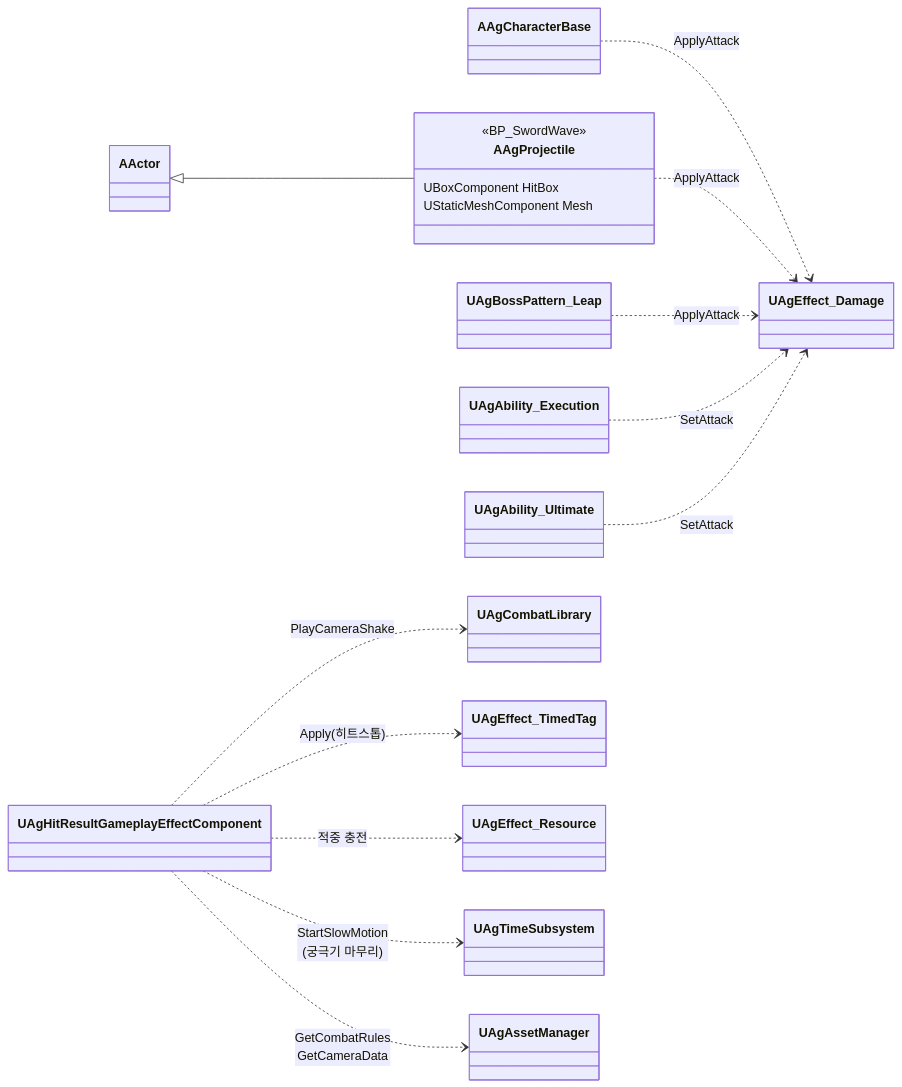
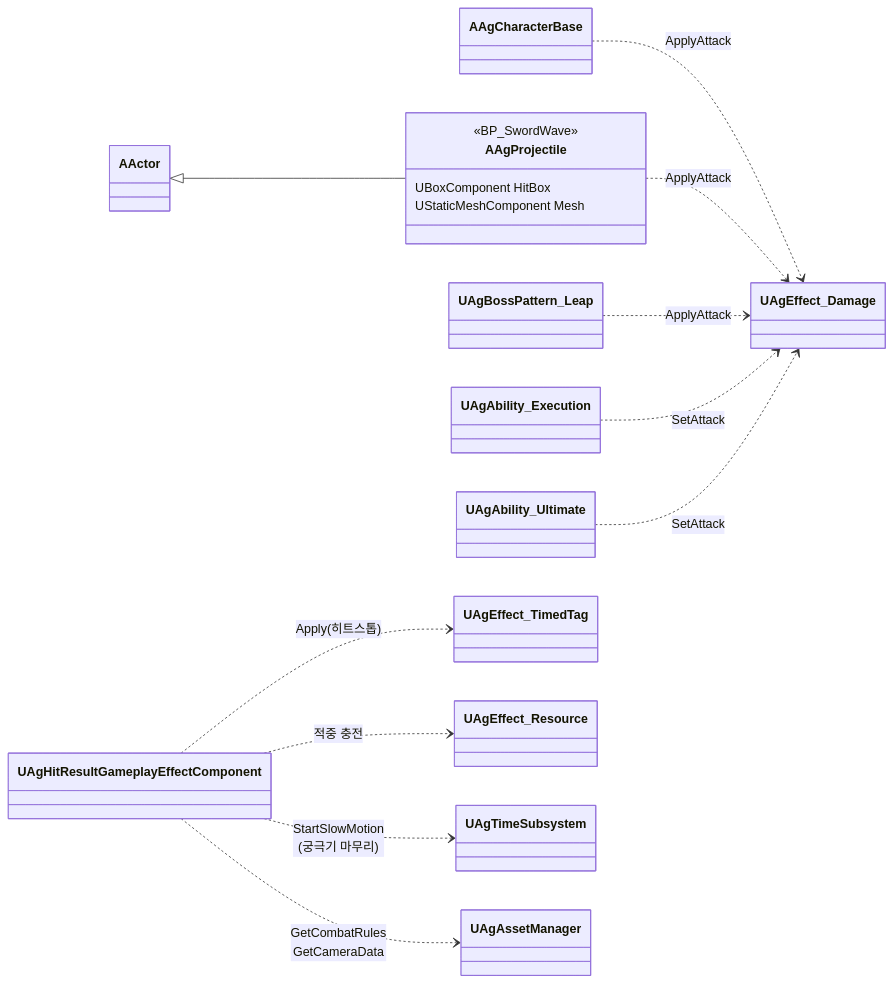
One commit to Woogl/Ag changed the second of 3 diagrams in Docs/Program/대미지와 피격 처리.md. Above: the diagram before and after it, drawn with Mermaid. The commit also changed 27 other files, not shown here.

Commit message:
구현: 프로젝트 헬퍼를 엔진 함수로 바꾸고 UAgCombatLibrary 삭제

````diff
--- a/Docs/Program/대미지와 피격 처리.md
+++ b/Docs/Program/대미지와 피격 처리.md
@@ -51,21 +51,20 @@
 ```mermaid
 classDiagram
     direction LR
     class AAgProjectile {
         <<BP_SwordWave>>
         UBoxComponent HitBox
         UStaticMeshComponent Mesh
     }
     AActor <|-- AAgProjectile
 
     AAgCharacterBase ..> UAgEffect_Damage : ApplyAttack
     AAgProjectile ..> UAgEffect_Damage : ApplyAttack
     UAgBossPattern_Leap ..> UAgEffect_Damage : ApplyAttack
     UAgAbility_Execution ..> UAgEffect_Damage : SetAttack
     UAgAbility_Ultimate ..> UAgEffect_Damage : SetAttack
-    UAgHitResultGameplayEffectComponent ..> UAgCombatLibrary : PlayCameraShake
     UAgHitResultGameplayEffectComponent ..> UAgEffect_TimedTag : Apply(히트스톱)
     UAgHitResultGameplayEffectComponent ..> UAgEffect_Resource : 적중 충전
     UAgHitResultGameplayEffectComponent ..> UAgTimeSubsystem : StartSlowMotion<br>(궁극기 마무리)
     UAgHitResultGameplayEffectComponent ..> UAgAssetManager : GetCombatRules<br>GetCameraData
 ```
````
